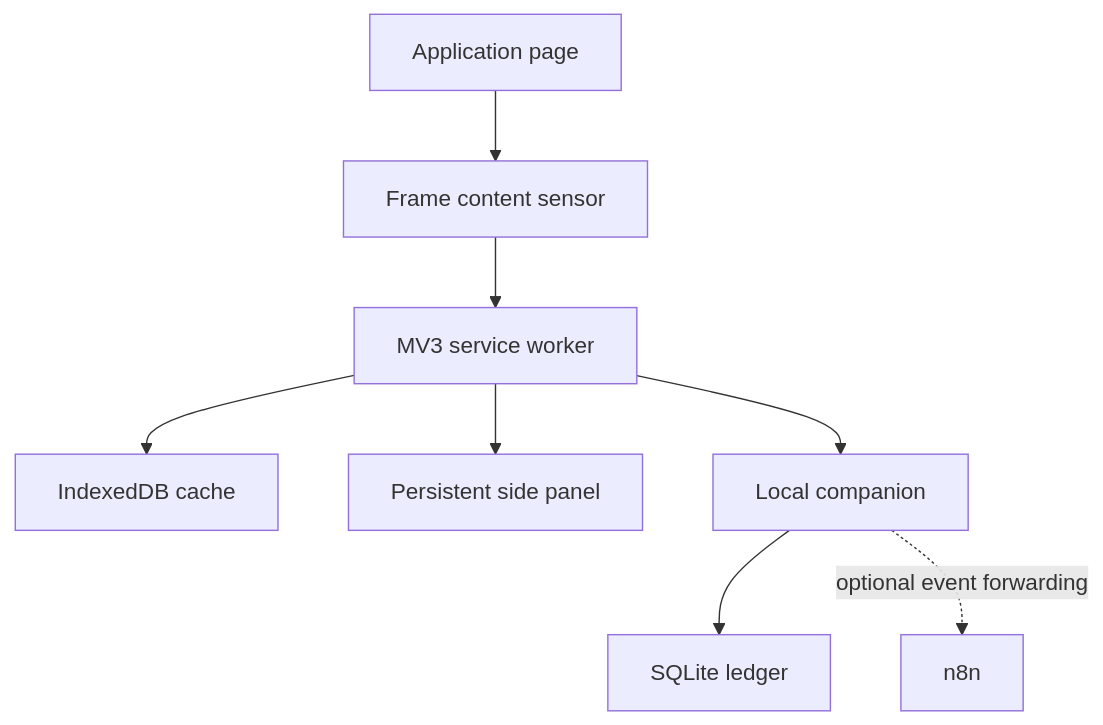
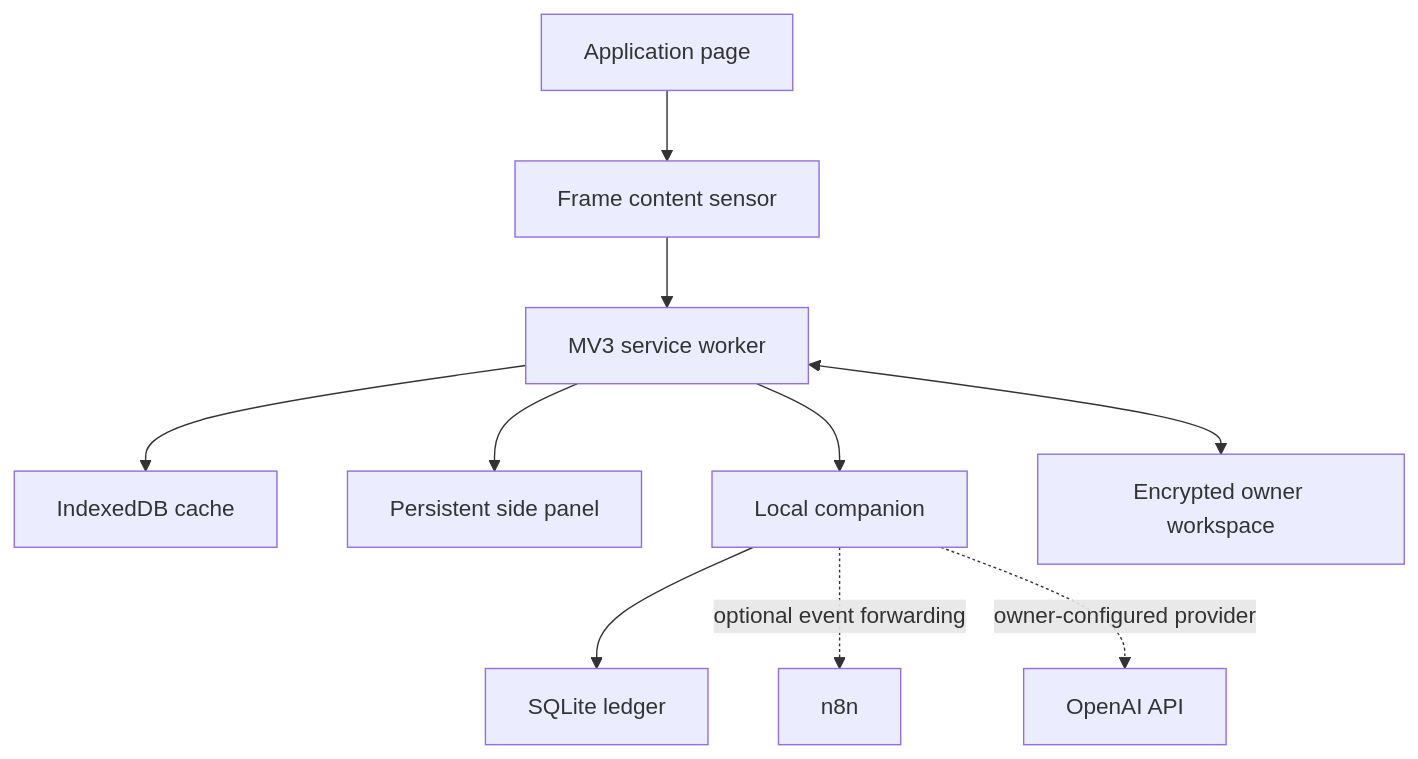
One commit to mohammadaadilmunshi-ui/munshi-apply changed the diagram in docs/ARCHITECTURE.md. Above: the diagram before and after it, drawn with Mermaid. The commit also changed other lines of this file and 2 other files, not shown here.

Commit message:
docs: align product architecture and runtime verification

````diff
--- a/docs/ARCHITECTURE.md
+++ b/docs/ARCHITECTURE.md
@@ -5,10 +5,12 @@
 ```mermaid
 flowchart TD
   P["Application page"] --> C["Frame content sensor"]
   C --> S["MV3 service worker"]
   S --> V["IndexedDB cache"]
   S --> U["Persistent side panel"]
   S --> N["Local companion"]
+  S <--> W["Encrypted owner workspace"]
   N --> D["SQLite ledger"]
-  N -. "optional event forwarding" .-> W["n8n"]
+  N -. "optional event forwarding" .-> E["n8n"]
+  N -. "owner-configured provider" .-> A["OpenAI API"]
 ```
````
